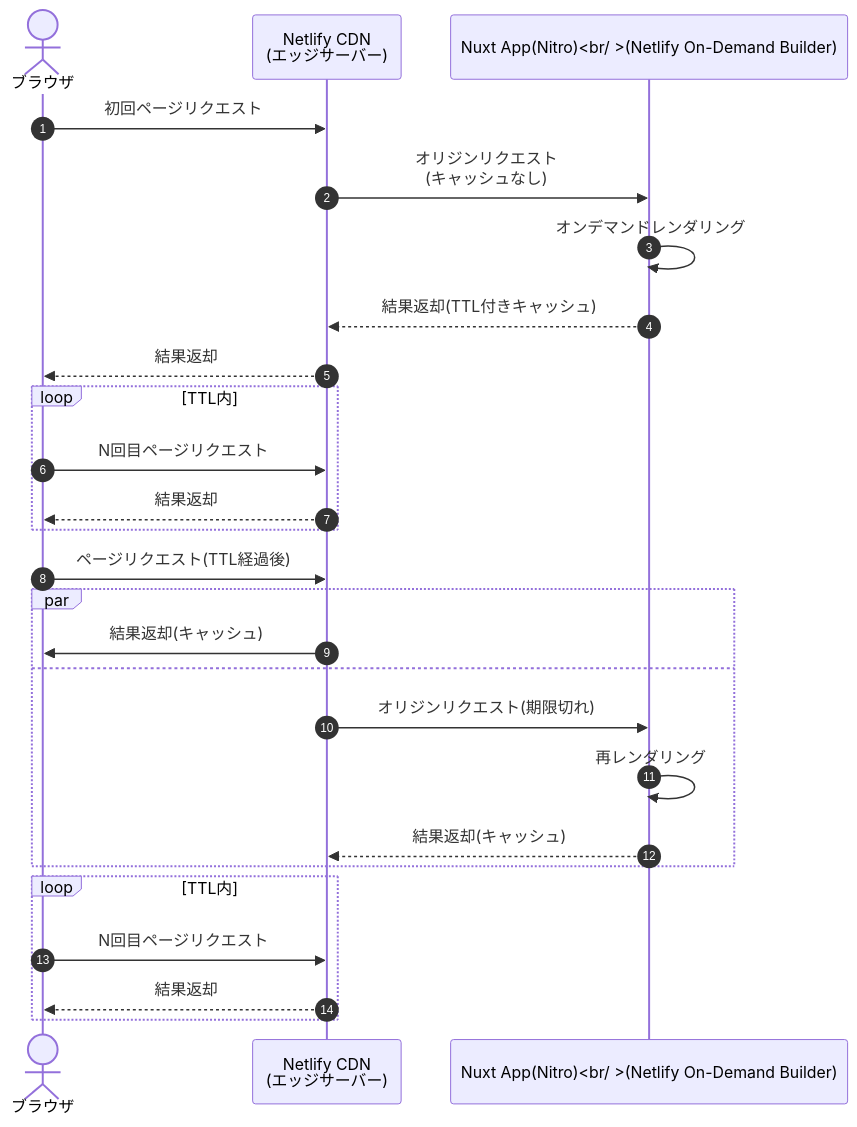
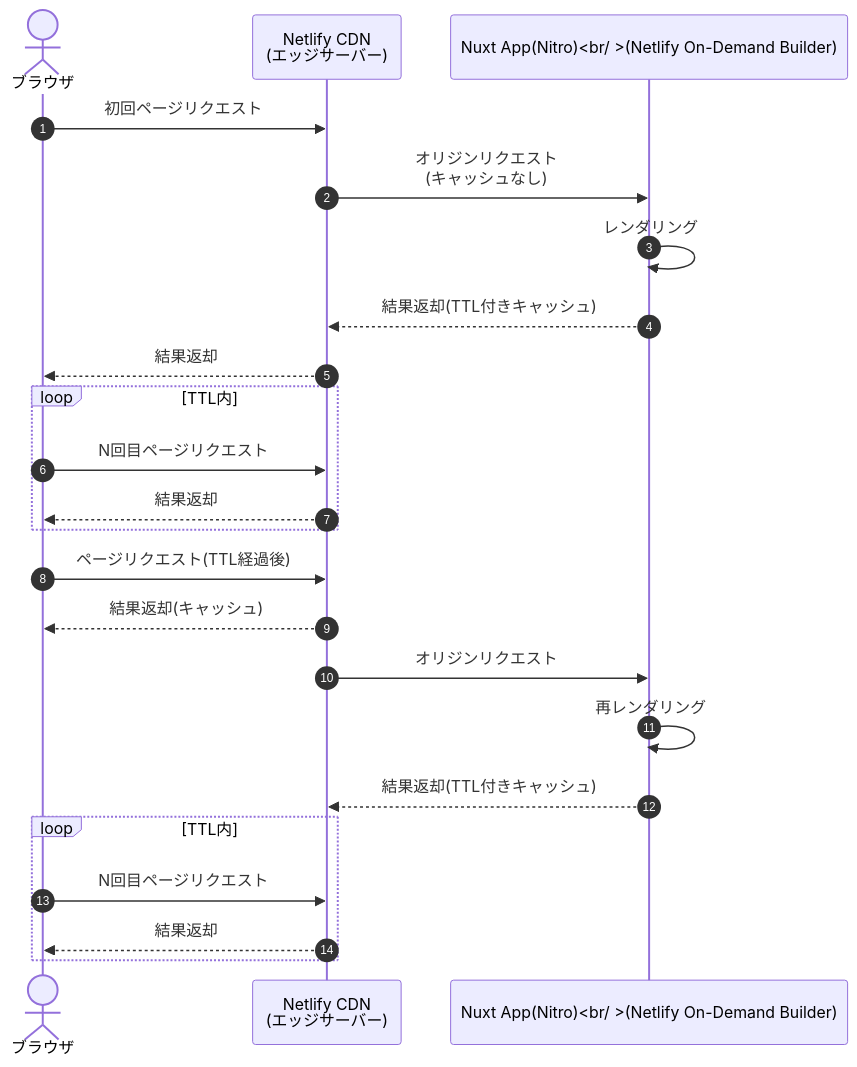
The second of 2 diagrams in src/posts/blogs/2022/1218_nuxt3-hybrid-rendering.md (mamezou-tech/mamezou-tech-site), drawn with Mermaid before and after one commit. The commit also changed other lines of this file, not shown here.

````diff
--- a/src/posts/blogs/2022/1218_nuxt3-hybrid-rendering.md
+++ b/src/posts/blogs/2022/1218_nuxt3-hybrid-rendering.md
@@ -394,28 +394,25 @@
 ```mermaid
 sequenceDiagram
     autonumber
     actor client as ブラウザ
     participant edge as Netlify CDN<br />(エッジサーバー)
     participant app as Nuxt App(Nitro)<br/ >(Netlify On-Demand Builder)
     client->>edge: 初回ページリクエスト
     edge->>app: オリジンリクエスト<br />(キャッシュなし)
-    app->>app: オンデマンドレンダリング
+    app->>app: レンダリング
     app-->>edge: 結果返却(TTL付きキャッシュ) 
     edge-->>client: 結果返却
     loop TTL内
         client->>edge: N回目ページリクエスト
         edge-->>client: 結果返却
     end
     client->>edge: ページリクエスト(TTL経過後)
-    par
-        edge->>client: 結果返却(キャッシュ)
-    and
-        edge->>app: オリジンリクエスト(期限切れ) 
-        app->>app: 再レンダリング
-        app-->>edge: 結果返却(キャッシュ) 
-    end
+    edge-->>client: 結果返却(キャッシュ)
+    edge->>app: オリジンリクエスト 
+    app->>app: 再レンダリング
+    app-->>edge: 結果返却(TTL付きキャッシュ) 
     loop TTL内
         client->>edge: N回目ページリクエスト
         edge-->>client: 結果返却
     end
 ```
````
